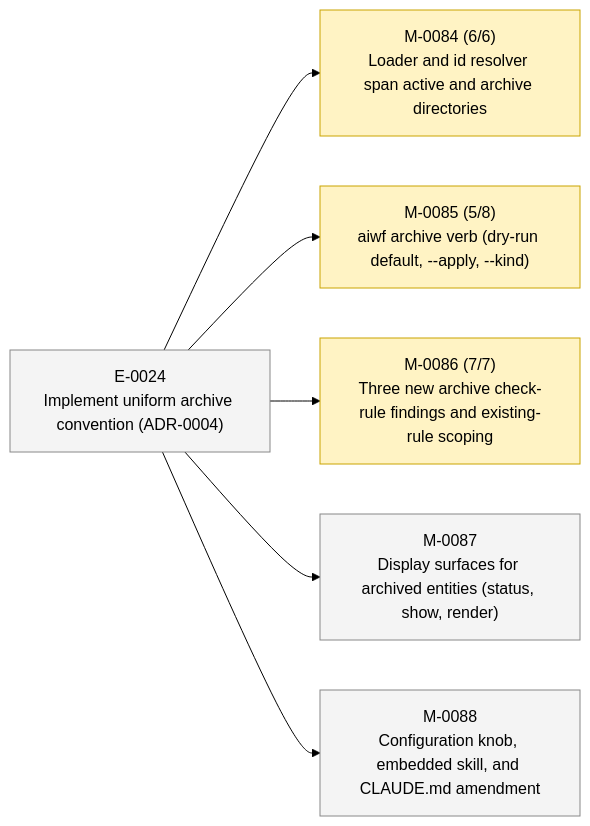
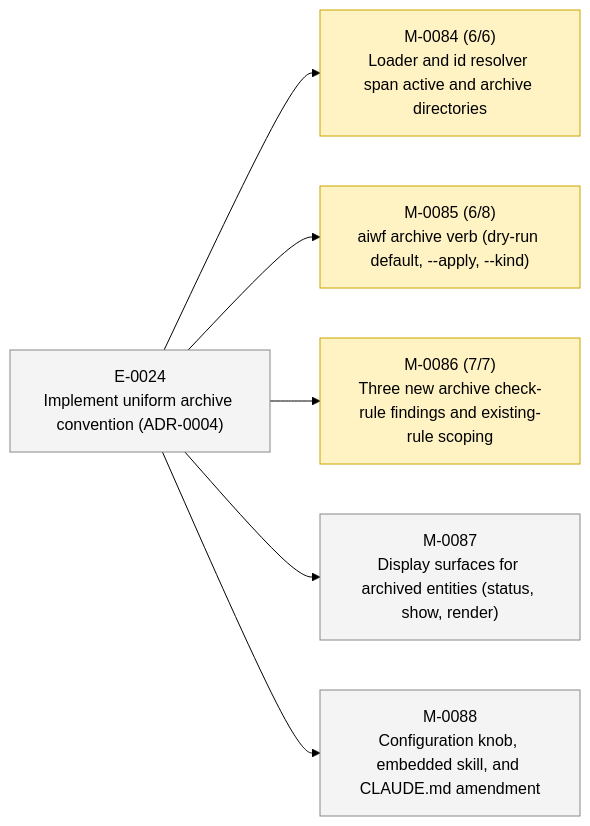
Before and after one commit to 23min/aiwf: the second of 2 diagrams in STATUS.md, drawn with Mermaid (forest theme). The commit also changed other lines of this file and 1 other file, not shown here.

First line of the commit message:
aiwf promote M-0085/AC-6 open -> met

````diff
--- a/STATUS.md
+++ b/STATUS.md
@@ -49,20 +49,20 @@
 ```mermaid
 flowchart LR
   E_0024["E-0024<br/>Implement uniform archive convention (ADR-0004)"]:::epic_proposed
   M_0084["M-0084 (6/6)<br/>Loader and id resolver span active and archive directories"]:::ms_in_progress
   E_0024 --> M_0084
-  M_0085["M-0085 (5/8)<br/>aiwf archive verb (dry-run default, --apply, --kind)"]:::ms_in_progress
+  M_0085["M-0085 (6/8)<br/>aiwf archive verb (dry-run default, --apply, --kind)"]:::ms_in_progress
   E_0024 --> M_0085
   M_0086["M-0086 (7/7)<br/>Three new archive check-rule findings and existing-rule scoping"]:::ms_in_progress
   E_0024 --> M_0086
   M_0087["M-0087<br/>Display surfaces for archived entities (status, show, render)"]:::ms_draft
   E_0024 --> M_0087
   M_0088["M-0088<br/>Configuration knob, embedded skill, and CLAUDE.md amendment"]:::ms_draft
   E_0024 --> M_0088
   classDef epic_active fill:#d6eaff,stroke:#1a73e8,color:#000
   classDef epic_proposed fill:#f4f4f4,stroke:#888,color:#000
   classDef ms_done fill:#d8f5d8,stroke:#2a8a2a,color:#000
   classDef ms_in_progress fill:#fff3c4,stroke:#caa400,color:#000
   classDef ms_draft fill:#f4f4f4,stroke:#888,color:#000
   classDef ms_cancelled fill:#fbeaea,stroke:#c33,color:#000
 ```
````
